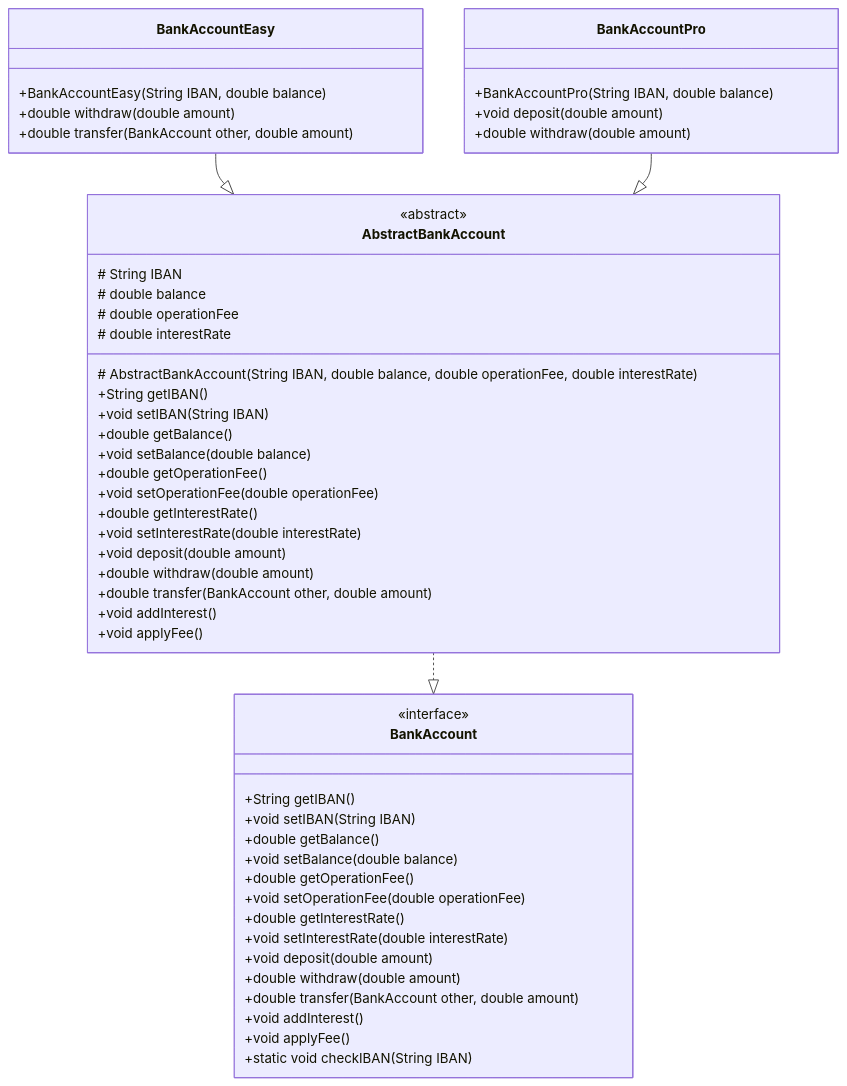
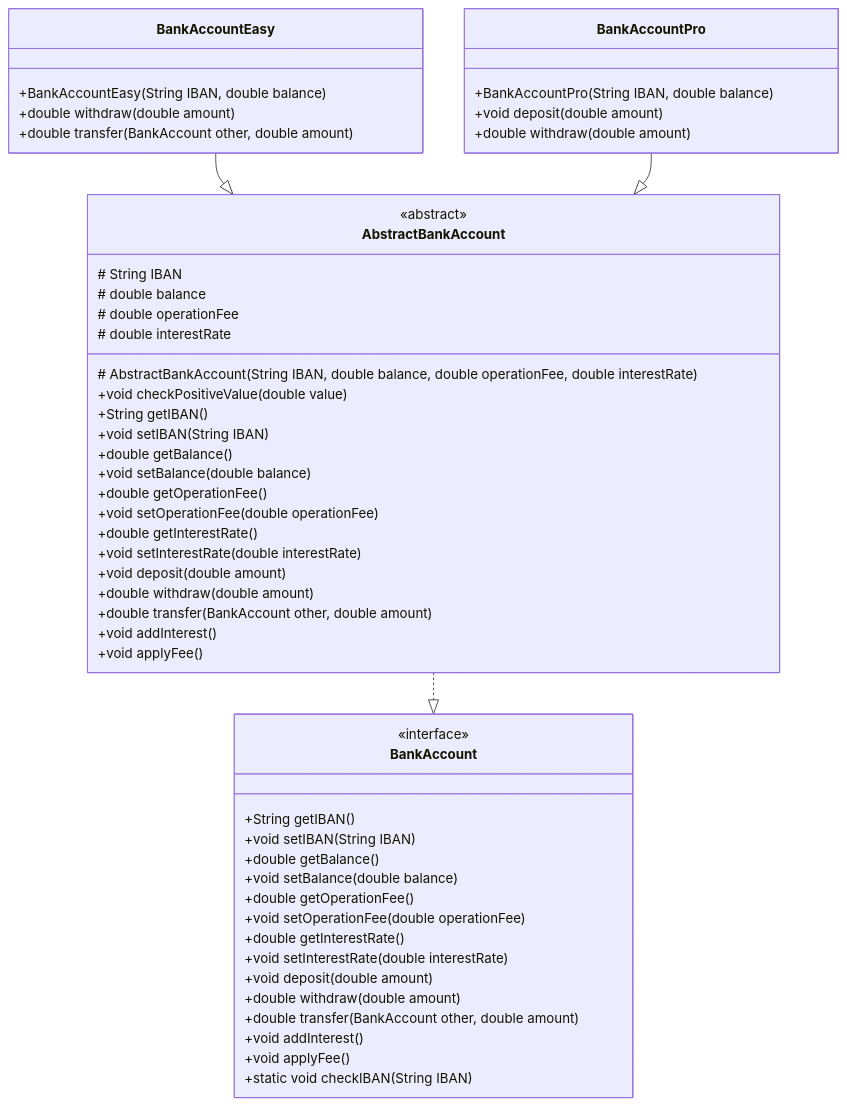
Before and after one commit to nbicocchi/learn-java-core: the tenth of 13 diagrams in code/exercises/src/main/java/com/nbicocchi/exercises/oop/README.md, drawn with Mermaid. The commit also changed other lines of this file and 1 other file, not shown here.

Commit message:
Added checkPositiveValue(), updated readme

````diff
--- a/code/exercises/src/main/java/com/nbicocchi/exercises/oop/README.md
+++ b/code/exercises/src/main/java/com/nbicocchi/exercises/oop/README.md
@@ -360,58 +365,59 @@
 ```mermaid
 classDiagram
 class BankAccount {
     <<interface>>
     +String getIBAN()
     +void setIBAN(String IBAN)
     +double getBalance()
     +void setBalance(double balance)
     +double getOperationFee()
     +void setOperationFee(double operationFee)
     +double getInterestRate()
     +void setInterestRate(double interestRate)
     +void deposit(double amount)
     +double withdraw(double amount)
     +double transfer(BankAccount other, double amount)
     +void addInterest()
     +void applyFee()
     +static void checkIBAN(String IBAN)
 }
 
 class AbstractBankAccount {
     <<abstract>>
     # String IBAN
     # double balance
     # double operationFee
     # double interestRate
     # AbstractBankAccount(String IBAN, double balance, double operationFee, double interestRate)
+    +void checkPositiveValue(double value)
     +String getIBAN()
     +void setIBAN(String IBAN)
     +double getBalance()
     +void setBalance(double balance)
     +double getOperationFee()
     +void setOperationFee(double operationFee)
     +double getInterestRate()
     +void setInterestRate(double interestRate)
     +void deposit(double amount)
     +double withdraw(double amount)
     +double transfer(BankAccount other, double amount)
     +void addInterest()
     +void applyFee()
 }
 
 class BankAccountEasy {
     +BankAccountEasy(String IBAN, double balance)
     +double withdraw(double amount)
     +double transfer(BankAccount other, double amount)
 }
 
 class BankAccountPro {
     +BankAccountPro(String IBAN, double balance)
     +void deposit(double amount)
     +double withdraw(double amount)
 }
 
 AbstractBankAccount ..|> BankAccount
 BankAccountEasy --|> AbstractBankAccount
 BankAccountPro --|> AbstractBankAccount
 ```
````
